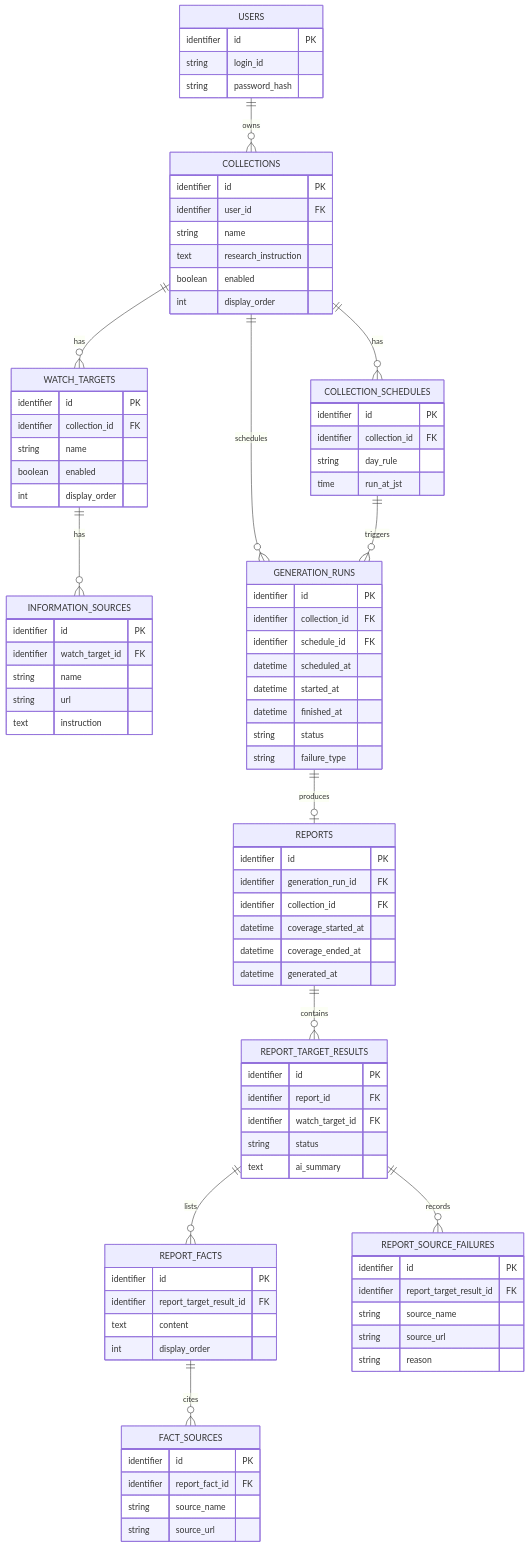
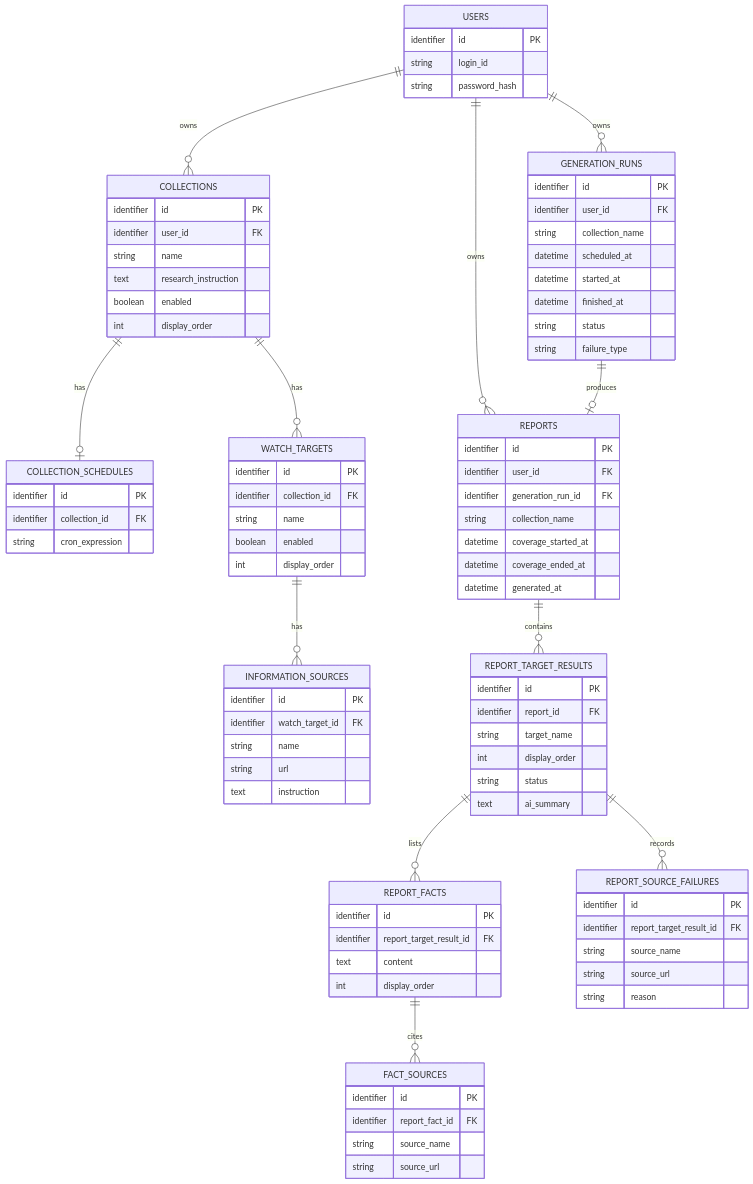
One commit to smofktn/watchbrief changed the diagram in docs/domain-model.md. Above: the diagram before and after it, drawn with Mermaid. The commit also changed other lines of this file and 1 other file, not shown here.

Commit message:
docs: レポート生成とライフサイクルの仕様を定義

````diff
--- a/docs/domain-model.md
+++ b/docs/domain-model.md
@@ -16,12 +16,12 @@
 ```mermaid
 erDiagram
     USERS ||--o{ COLLECTIONS : owns
-    COLLECTIONS ||--o{ COLLECTION_SCHEDULES : has
+    COLLECTIONS ||--o| COLLECTION_SCHEDULES : has
     COLLECTIONS ||--o{ WATCH_TARGETS : has
     WATCH_TARGETS ||--o{ INFORMATION_SOURCES : has
 
-    COLLECTIONS ||--o{ GENERATION_RUNS : schedules
-    COLLECTION_SCHEDULES ||--o{ GENERATION_RUNS : triggers
+    USERS ||--o{ GENERATION_RUNS : owns
+    USERS ||--o{ REPORTS : owns
     GENERATION_RUNS ||--o| REPORTS : produces
 
     REPORTS ||--o{ REPORT_TARGET_RESULTS : contains
@@ -47,8 +47,7 @@
     COLLECTION_SCHEDULES {
         identifier id PK
         identifier collection_id FK
-        string day_rule
-        time run_at_jst
+        string cron_expression
     }
 
     WATCH_TARGETS {
@@ -69,8 +68,8 @@
 
     GENERATION_RUNS {
         identifier id PK
-        identifier collection_id FK
-        identifier schedule_id FK
+        identifier user_id FK
+        string collection_name
         datetime scheduled_at
         datetime started_at
         datetime finished_at
@@ -80,8 +79,9 @@
 
     REPORTS {
         identifier id PK
+        identifier user_id FK
         identifier generation_run_id FK
-        identifier collection_id FK
+        string collection_name
         datetime coverage_started_at
         datetime coverage_ended_at
         datetime generated_at
@@ -90,7 +90,8 @@
     REPORT_TARGET_RESULTS {
         identifier id PK
         identifier report_id FK
-        identifier watch_target_id FK
+        string target_name
+        int display_order
         string status
         text ai_summary
     }
````
